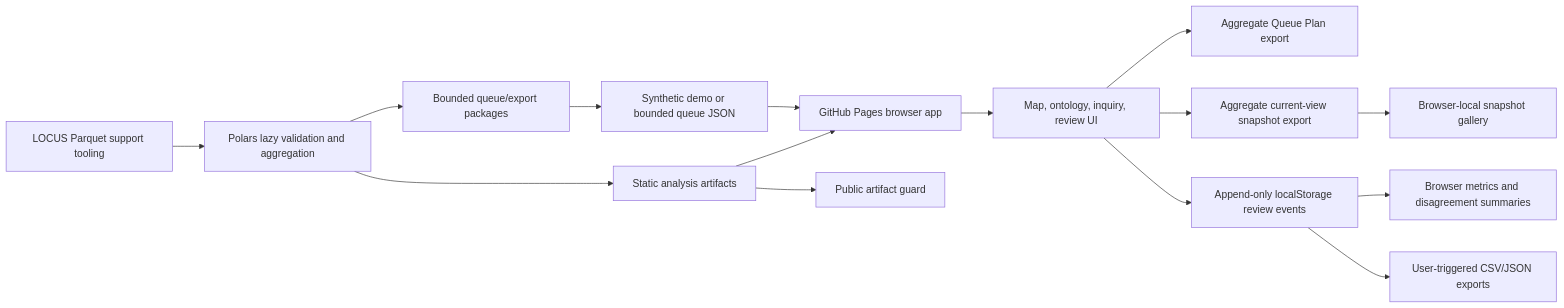
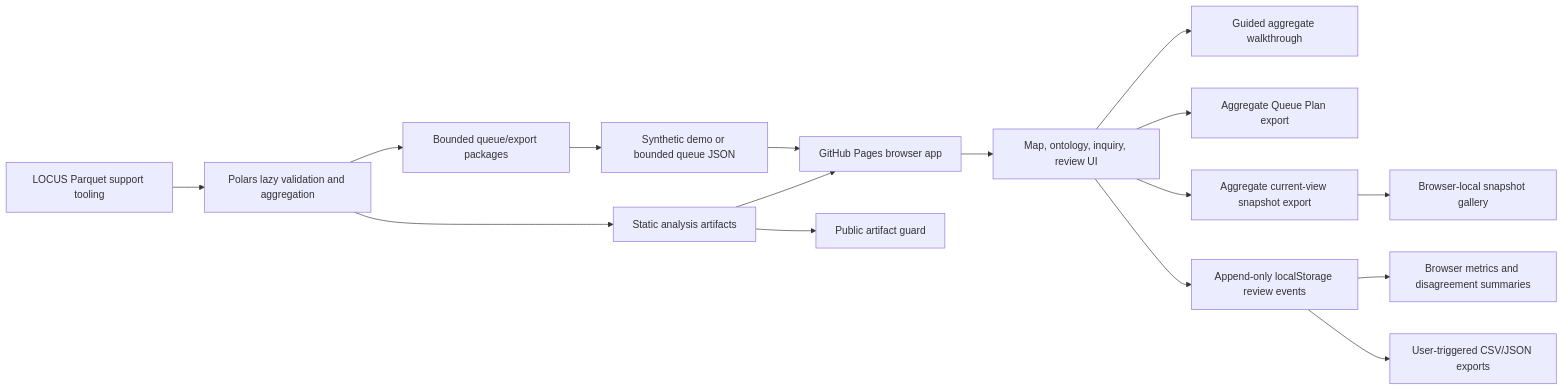
One commit to evcatalyst/evolocus changed the diagram in docs/architecture.md. Above: the diagram before and after it, drawn with Mermaid. The commit also changed other lines of this file and 10 other files, not shown here.

Commit message:
feat: add guided aggregate walkthrough

````diff
--- a/docs/architecture.md
+++ b/docs/architecture.md
@@ -7,17 +7,18 @@
 ```mermaid
 flowchart LR
   A["Synthetic demo or bounded queue JSON"] --> B["GitHub Pages browser app"]
   C["Static analysis artifacts"] --> B
   B --> D["Map, ontology, inquiry, review UI"]
+  D --> W["Guided aggregate walkthrough"]
   D --> Q["Aggregate Queue Plan export"]
   D --> X["Aggregate current-view snapshot export"]
   X --> Y["Browser-local snapshot gallery"]
   D --> E["Append-only localStorage review events"]
   E --> F["Browser metrics and disagreement summaries"]
   E --> G["User-triggered CSV/JSON exports"]
   H["LOCUS Parquet support tooling"] --> I["Polars lazy validation and aggregation"]
   I --> J["Bounded queue/export packages"]
   I --> C
   C --> V["Public artifact guard"]
   J --> A
 ```
````
